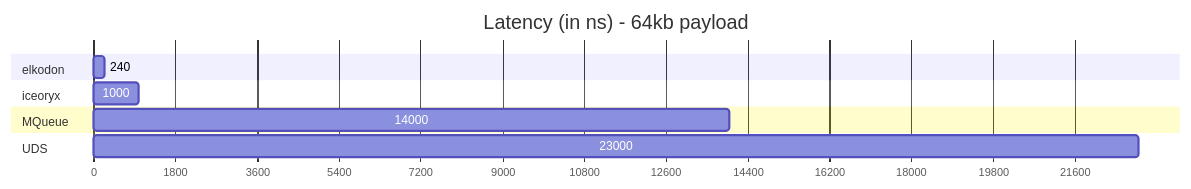
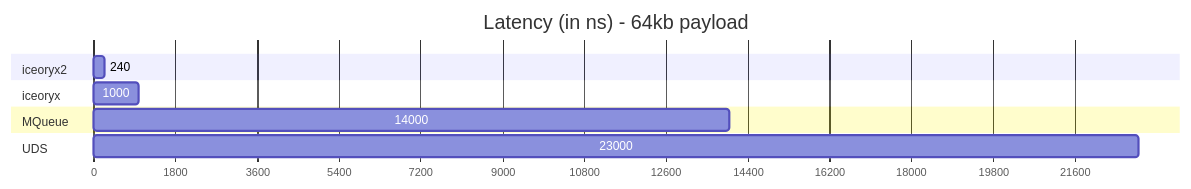
Before and after one commit to larry-robotics/elkodon: the second of 2 diagrams in README.md, drawn with Mermaid. The commit also changed other lines of this file and 674 other files, not shown here.

Commit message:
[#3] Rename elkodon into iceoryx2

````diff
--- a/README.md
+++ b/README.md
@@ -67,15 +67,15 @@
 ```mermaid
 gantt
     title Latency (in ns) - 64kb payload
     dateFormat X
     axisFormat %s
 
-    section elkodon
+    section iceoryx2
     240 : 0, 240
     section iceoryx
     1000 : 0, 1000
     section MQueue
     14000 : 0, 14000
     section UDS
     23000 : 0, 23000
 ```
````
